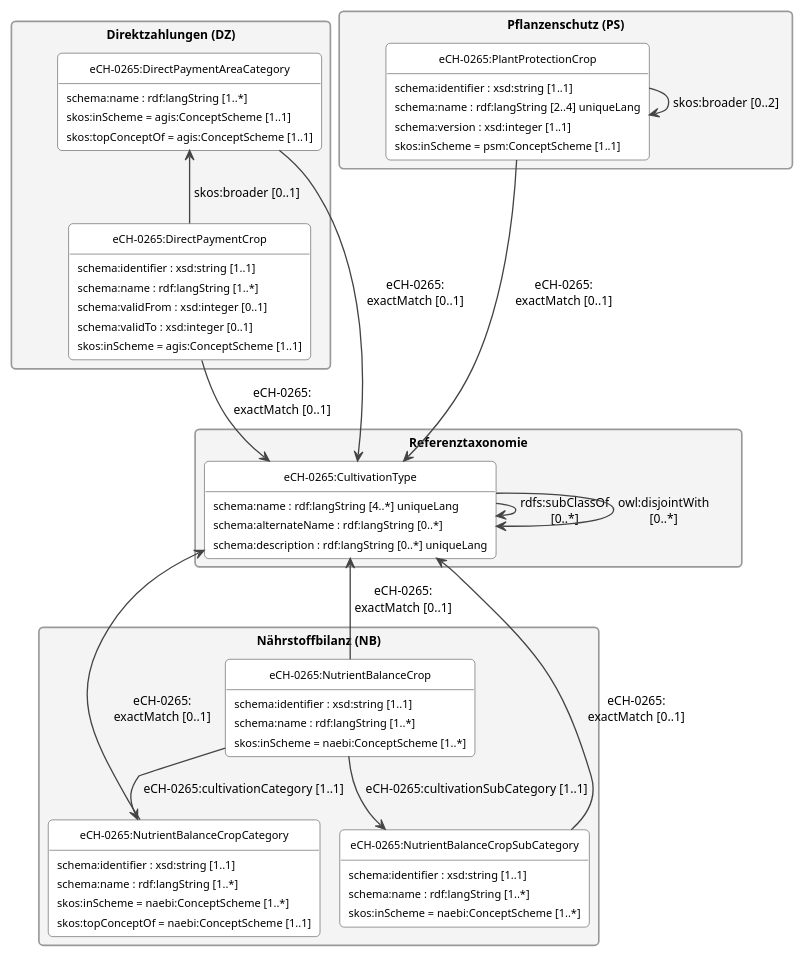
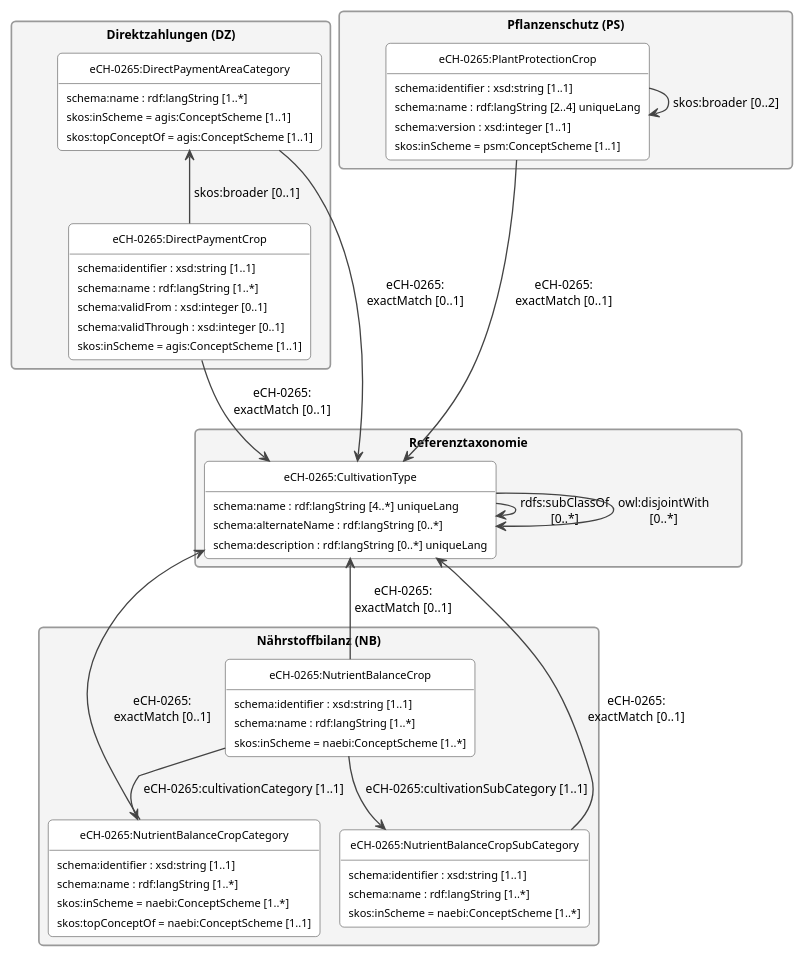
One commit to blw-ofag-ufag/eCH-0265 changed the diagram in docs/de/assets/puml/data_model.puml. Above: the diagram before and after it, drawn with PlantUML. The commit also changed 3 other files, not shown here.

Commit message:
Change schema:validTo to schema:validThrough (#495)

```diff
--- a/docs/de/assets/puml/data_model.puml
+++ b/docs/de/assets/puml/data_model.puml
@@ -3,83 +3,83 @@
 @startuml
 !pragma layout smetana
 skinparam shadowing false
 skinparam roundCorner 8
 skinparam packageStyle rectangle
 skinparam defaultFontSize 11
 skinparam classFontSize 12
 skinparam Padding 2
 skinparam ArrowColor #444444
 skinparam ArrowThickness 1.2
 skinparam classBorderColor #444444
 skinparam classBackgroundColor #FFFFFF
 skinparam classAttributeFontSize 10
 skinparam packageBorderColor #999999
 skinparam packageBackgroundColor #F4F4F4
 hide circle
 hide empty members
 
 package "Direktzahlungen (DZ)" as DZ {
   class "eCH-0265:DirectPaymentAreaCategory" as DZC {
     schema:name : rdf:langString [1..*]
     skos:inScheme = agis:ConceptScheme [1..1]
     skos:topConceptOf = agis:ConceptScheme [1..1]
   }
   class "eCH-0265:DirectPaymentCrop" as DZK {
     schema:identifier : xsd:string [1..1]
     schema:name : rdf:langString [1..*]
     schema:validFrom : xsd:integer [0..1]
-    schema:validTo : xsd:integer [0..1]
+    schema:validThrough : xsd:integer [0..1]
     skos:inScheme = agis:ConceptScheme [1..1]
   }
   DZK -up-> DZC : skos:broader [0..1]
 }
 
 package "Nährstoffbilanz (NB)" as NB {
   class "eCH-0265:NutrientBalanceCropCategory" as NBC {
     schema:identifier : xsd:string [1..1]
     schema:name : rdf:langString [1..*]
     skos:inScheme = naebi:ConceptScheme [1..*]
     skos:topConceptOf = naebi:ConceptScheme [1..1]
   }
   class "eCH-0265:NutrientBalanceCropSubCategory" as NBS {
     schema:identifier : xsd:string [1..1]
     schema:name : rdf:langString [1..*]
     skos:inScheme = naebi:ConceptScheme [1..*]
   }
   class "eCH-0265:NutrientBalanceCrop" as NBK {
     schema:identifier : xsd:string [1..1]
     schema:name : rdf:langString [1..*]
     skos:inScheme = naebi:ConceptScheme [1..*]
   }
   NBK --> NBC : eCH-0265:cultivationCategory [1..1]
   NBK --> NBS : eCH-0265:cultivationSubCategory [1..1]
 }
 
 package "Pflanzenschutz (PS)" as PS {
   class "eCH-0265:PlantProtectionCrop" as PSK {
     schema:identifier : xsd:string [1..1]
     schema:name : rdf:langString [2..4] uniqueLang
     schema:version : xsd:integer [1..1]
     skos:inScheme = psm:ConceptScheme [1..1]
   }
   PSK --> PSK : skos:broader [0..2]
 }
 
 package "Referenztaxonomie" as REF {
   class "eCH-0265:CultivationType" as CT {
     schema:name : rdf:langString [4..*] uniqueLang
     schema:alternateName : rdf:langString [0..*]
     schema:description : rdf:langString [0..*] uniqueLang
   }
   CT --> CT : rdfs:subClassOf\n[0..*]
   CT --> CT : owl:disjointWith\n[0..*]
 }
 
 DZC --> CT : eCH-0265:\nexactMatch [0..1]
 DZK --> CT : eCH-0265:\nexactMatch [0..1]
 NBC -up-> CT : eCH-0265:\nexactMatch [0..1]
 NBS -up-> CT : eCH-0265:\nexactMatch [0..1]
 NBK -up-> CT : eCH-0265:\nexactMatch [0..1]
 PSK --> CT : eCH-0265:\nexactMatch [0..1]
 DZ -[hidden]right- PS
 @enduml
```
